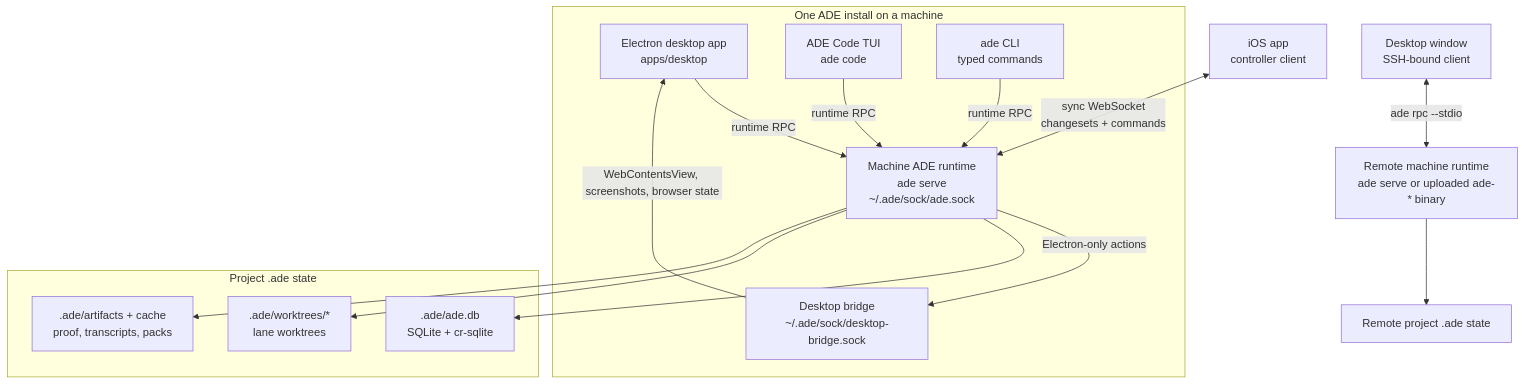
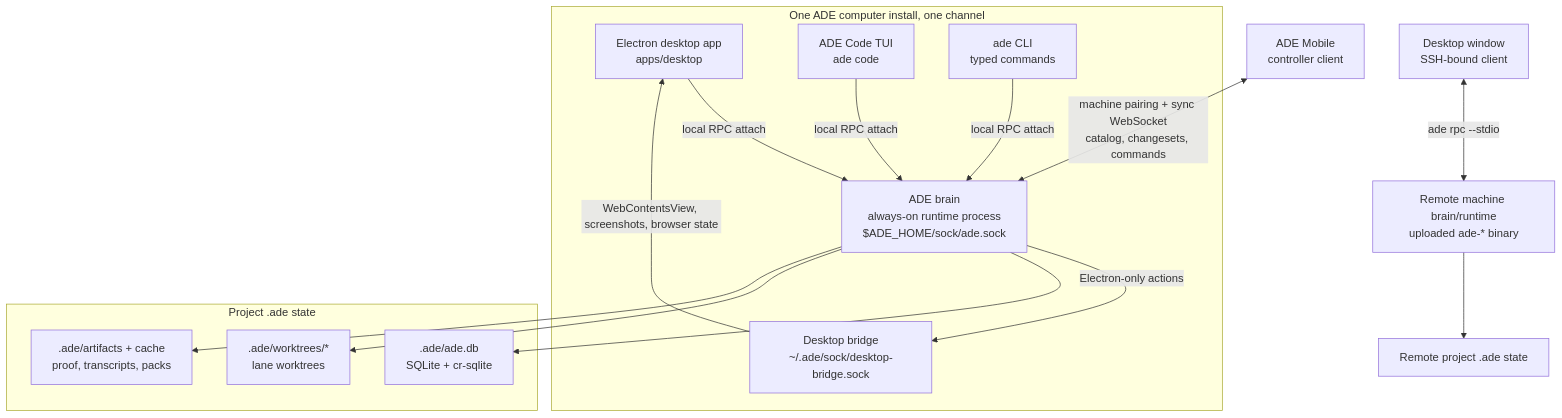
One commit to arul28/ADE changed the diagram in docs/ARCHITECTURE.md. Above: the diagram before and after it, drawn with Mermaid. The commit also changed other lines of this file and 10 other files, not shown here.

Commit message:
Reconcile ADE brain and runtime terminology

````diff
--- a/docs/ARCHITECTURE.md
+++ b/docs/ARCHITECTURE.md
@@ -17,31 +17,31 @@
 ```mermaid
 flowchart TB
-  subgraph LocalMachine["One ADE install on a machine"]
+  subgraph LocalMachine["One ADE computer install, one channel"]
     Desktop["Electron desktop app<br/>apps/desktop"]
     Code["ADE Code TUI<br/>ade code"]
     Shell["ade CLI<br/>typed commands"]
-    Runtime["Machine ADE runtime<br/>ade serve<br/>~/.ade/sock/ade.sock"]
+    Brain["ADE brain<br/>always-on runtime process<br/>$ADE_HOME/sock/ade.sock"]
     Bridge["Desktop bridge<br/>~/.ade/sock/desktop-bridge.sock"]
   end
 
-  Desktop -->|"runtime RPC"| Runtime
-  Code -->|"runtime RPC"| Runtime
-  Shell -->|"runtime RPC"| Runtime
-  Runtime -->|"Electron-only actions"| Bridge
+  Desktop -->|"local RPC attach"| Brain
+  Code -->|"local RPC attach"| Brain
+  Shell -->|"local RPC attach"| Brain
+  Brain -->|"Electron-only actions"| Bridge
   Bridge -->|"WebContentsView, screenshots, browser state"| Desktop
 
   subgraph ProjectState["Project .ade state"]
     Database[".ade/ade.db<br/>SQLite + cr-sqlite"]
     Lanes[".ade/worktrees/*<br/>lane worktrees"]
     Artifacts[".ade/artifacts + cache<br/>proof, transcripts, packs"]
   end
 
-  Runtime --> Database
-  Runtime --> Lanes
-  Runtime --> Artifacts
+  Brain --> Database
+  Brain --> Lanes
+  Brain --> Artifacts
 
-  IOS["iOS app<br/>controller client"] <-->|"sync WebSocket<br/>changesets + commands"| Runtime
+  IOS["ADE Mobile<br/>controller client"] <-->|"machine pairing + sync WebSocket<br/>catalog, changesets, commands"| Brain
 
-  DesktopRemote["Desktop window<br/>SSH-bound client"] <-->|"ade rpc --stdio"| RemoteRuntime["Remote machine runtime<br/>ade serve or uploaded ade-* binary"]
+  DesktopRemote["Desktop window<br/>SSH-bound client"] <-->|"ade rpc --stdio"| RemoteRuntime["Remote machine brain/runtime<br/>uploaded ade-* binary"]
   RemoteRuntime --> RemoteProject["Remote project .ade state"]
 ```
````
